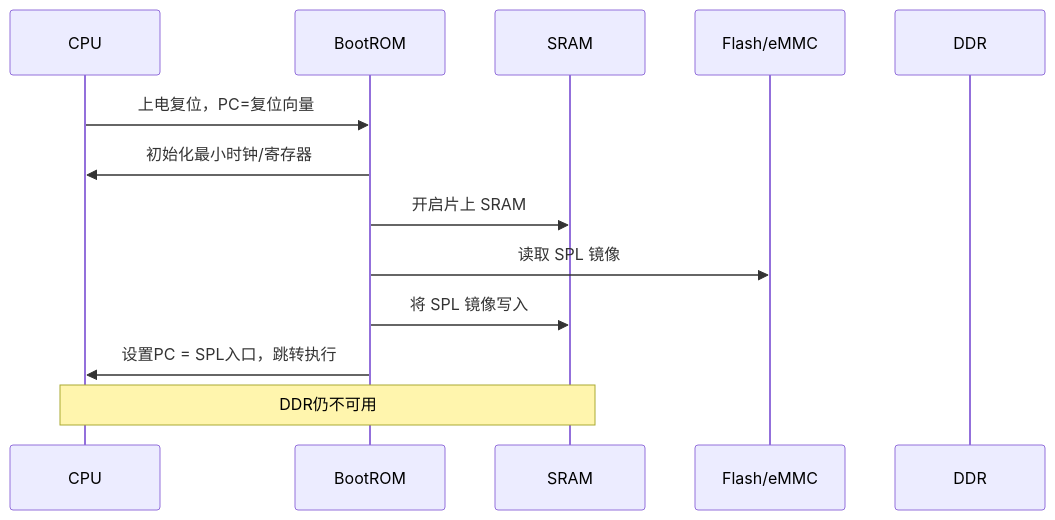
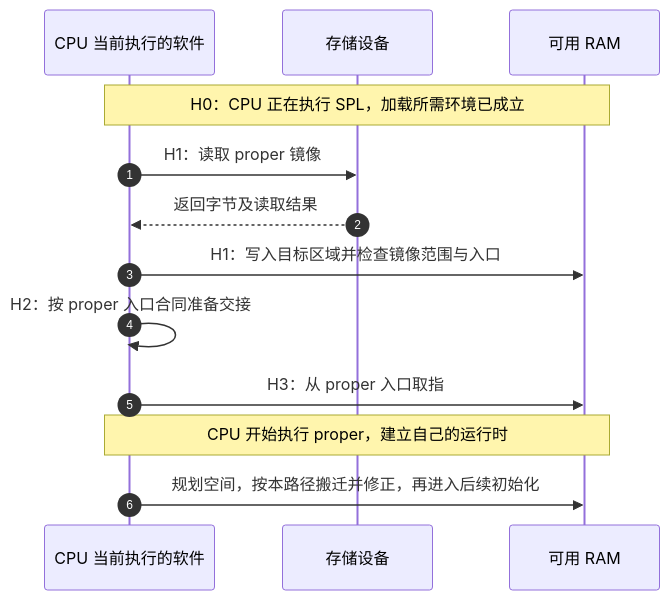
One commit to FormingSystem/linux_note changed the second of 3 diagrams in publications/books/running_linux_kernel/P04_uboot启动流程说明.md. Above: the diagram before and after it, drawn with Mermaid. The commit also changed other lines of this file and 10 other files, not shown here.

````diff
--- a/publications/books/running_linux_kernel/P04_uboot启动流程说明.md
+++ b/publications/books/running_linux_kernel/P04_uboot启动流程说明.md
@@ -96,16 +63,15 @@
 ```mermaid
 sequenceDiagram
-  participant CPU
-  participant BootROM
-  participant SRAM
-  participant Flash/eMMC
-  participant DDR
-
-  CPU->>BootROM: 上电复位，PC=复位向量
-  BootROM->>CPU: 初始化最小时钟/寄存器
-  BootROM->>SRAM: 开启片上 SRAM
-  BootROM->>Flash/eMMC: 读取 SPL 镜像
-  BootROM->>SRAM: 将 SPL 镜像写入
-  BootROM->>CPU: 设置PC = SPL入口，跳转执行
-  Note over CPU,SRAM: DDR仍不可用
+    autonumber
+    participant C as CPU 当前执行的软件
+    participant S as 存储设备
+    participant M as 可用 RAM
+    Note over C,M: H0：CPU 正在执行 SPL，加载所需环境已成立
+    C->>S: H1：读取 proper 镜像
+    S-->>C: 返回字节及读取结果
+    C->>M: H1：写入目标区域并检查镜像范围与入口
+    C->>C: H2：按 proper 入口合同准备交接
+    C->>M: H3：从 proper 入口取指
+    Note over C,M: CPU 开始执行 proper，建立自己的运行时
+    C->>M: 规划空间，按本路径搬迁并修正，再进入后续初始化
 ```
````
